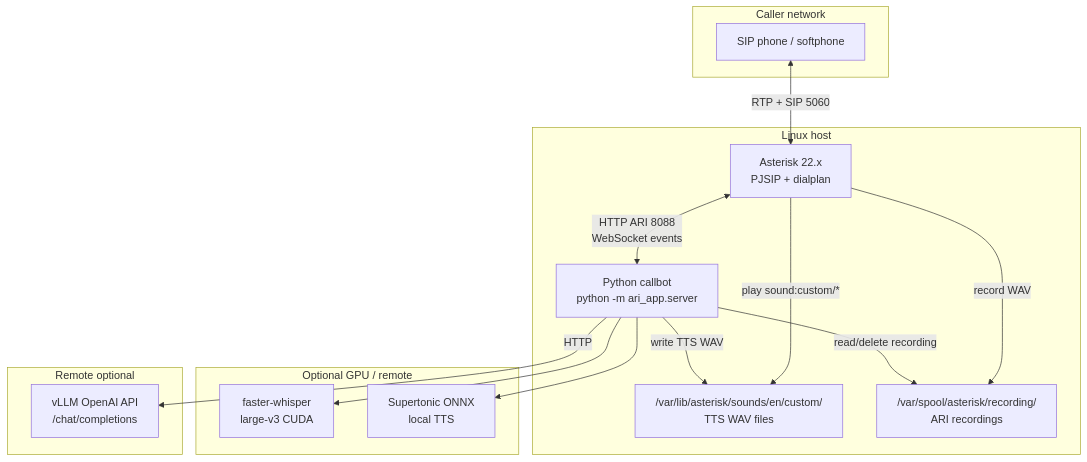
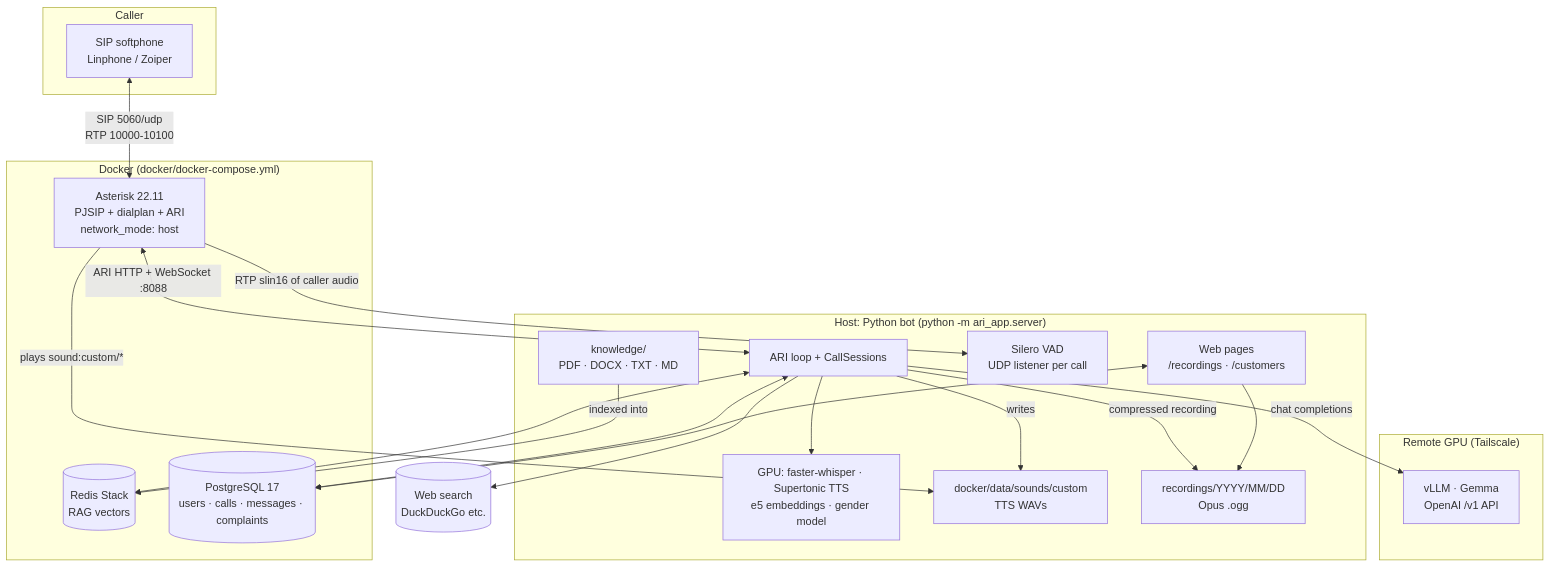
The first of 5 diagrams in ARCHITECTURE.md (shyam302/Harvix-AI-Calling), drawn with Mermaid before and after one commit. The commit also changed other lines of this file, not shown here.

Commit message:
ARCHITECTURE.md: rewrite for Docker, live VAD/echo, RAG in Redis, PostgreSQL, PIN, complaints, hang-up, admin pages

````diff
--- a/ARCHITECTURE.md
+++ b/ARCHITECTURE.md
@@ -7,32 +19,42 @@
 ```mermaid
 flowchart TB
-    subgraph Phone["Caller network"]
-        SIP[SIP phone / softphone]
+    subgraph Phone["Caller"]
+        SIP[SIP softphone<br/>Linphone / Zoiper]
     end
 
-    subgraph Host["Linux host"]
-        AST[Asterisk 22.x\nPJSIP + dialplan]
-        BOT["Python callbot\npython -m ari_app.server"]
-        SND["/var/lib/asterisk/sounds/en/custom/\nTTS WAV files"]
-        SPOOL["/var/spool/asterisk/recording/\nARI recordings"]
+    subgraph Docker["Docker (docker/docker-compose.yml)"]
+        AST[Asterisk 22.11<br/>PJSIP + dialplan + ARI<br/>network_mode: host]
+        REDIS[(Redis Stack<br/>RAG vectors)]
+        PG[(PostgreSQL 17<br/>users · calls · messages · complaints)]
     end
 
-    subgraph GPU["Optional GPU / remote"]
-        WHISPER["faster-whisper\nlarge-v3 CUDA"]
-        TTS["Supertonic ONNX\nlocal TTS"]
+    subgraph Host["Host: Python bot (python -m ari_app.server)"]
+        BOT[ARI loop + CallSessions]
+        WEB[Web pages<br/>/recordings · /customers]
+        VAD[Silero VAD<br/>UDP listener per call]
+        GPU[GPU: faster-whisper · Supertonic TTS<br/>e5 embeddings · gender model]
+        SND[docker/data/sounds/custom<br/>TTS WAVs]
+        REC[recordings/YYYY/MM/DD<br/>Opus .ogg]
+        KB[knowledge/<br/>PDF · DOCX · TXT · MD]
     end
 
-  subgraph Remote["Remote optional"]
-        VLLM["vLLM OpenAI API\n/chat/completions"]
+    subgraph Remote["Remote GPU (Tailscale)"]
+        VLLM[vLLM · Gemma<br/>OpenAI /v1 API]
     end
+    NET[(Web search<br/>DuckDuckGo etc.)]
 
-    SIP <-->|RTP + SIP 5060| AST
-    AST <-->|HTTP ARI 8088\nWebSocket events| BOT
-    AST -->|play sound:custom/*| SND
-    AST -->|record WAV| SPOOL
-    BOT -->|read/delete recording| SPOOL
-    BOT -->|write TTS WAV| SND
-    BOT --> WHISPER
-    BOT --> TTS
-    BOT -->|HTTP| VLLM
+    SIP <-->|SIP 5060/udp<br/>RTP 10000-10100| AST
+    AST <-->|ARI HTTP + WebSocket :8088| BOT
+    AST -->|RTP slin16 of caller audio| VAD
+    BOT -->|writes| SND
+    AST -->|plays sound:custom/*| SND
+    BOT --> GPU
+    BOT -->|chat completions| VLLM
+    BOT --> NET
+    BOT <--> REDIS
+    BOT <--> PG
+    BOT -->|compressed recording| REC
+    KB -->|indexed into| REDIS
+    WEB <--> PG
+    WEB --> REC
 ```
````
